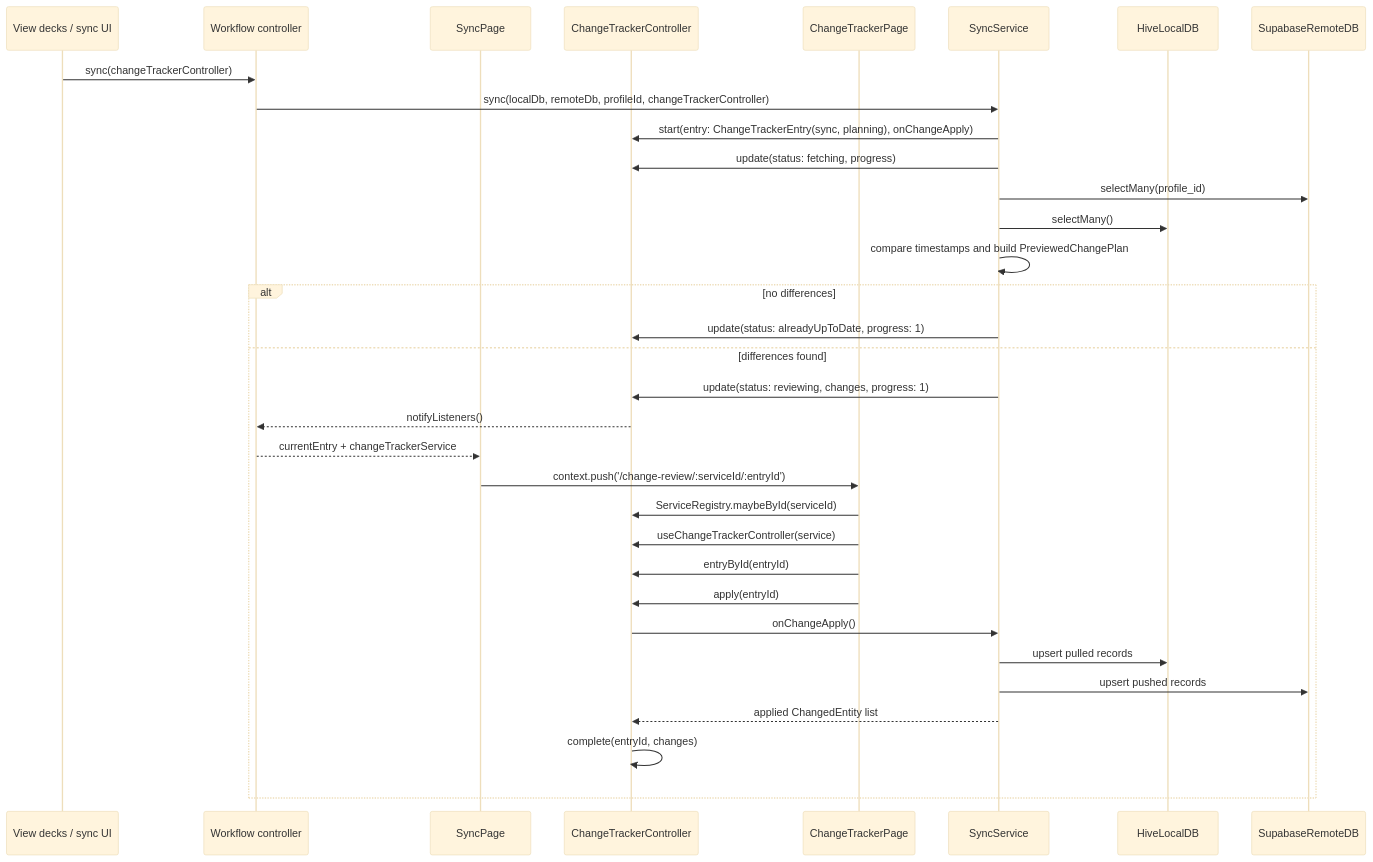
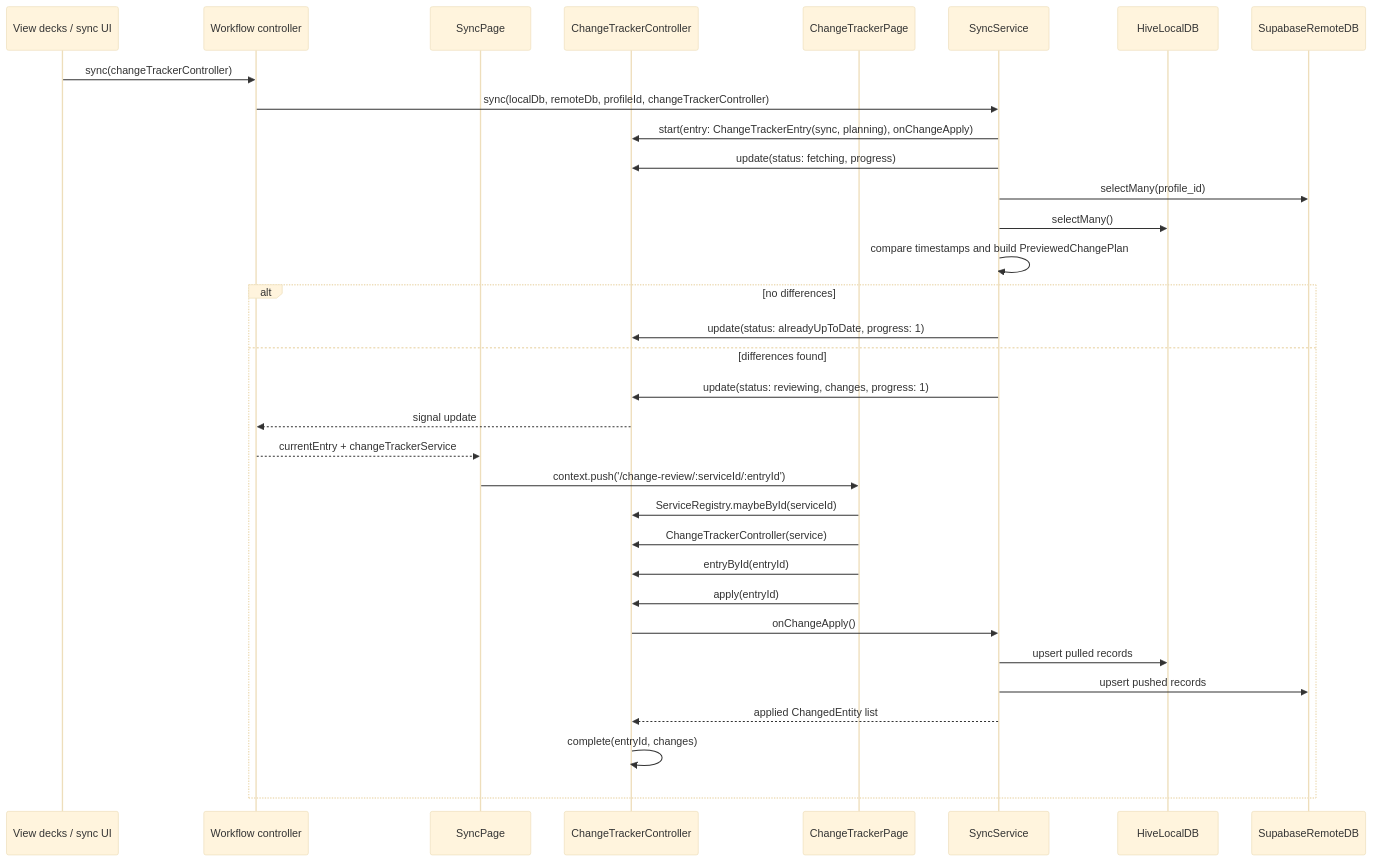
One commit to GuyWithBag/boo_mondai changed the third of 5 diagrams in lib/features/change_tracker/documentation/change_tracker.md. Above: the diagram before and after it, drawn with Mermaid (base theme). The commit also changed other lines of this file and 461 other files, not shown here.

````diff
--- a/lib/features/change_tracker/documentation/change_tracker.md
+++ b/lib/features/change_tracker/documentation/change_tracker.md
@@ -129,37 +126,37 @@
 ```mermaid
 sequenceDiagram
     participant UI as View decks / sync UI
     participant SyncController as Workflow controller
     participant SyncPage as SyncPage
     participant Controller as ChangeTrackerController
     participant ReviewPage as ChangeTrackerPage
     participant Service as SyncService
     participant Local as HiveLocalDB
     participant Remote as SupabaseRemoteDB
 
     UI->>SyncController: sync(changeTrackerController)
     SyncController->>Service: sync(localDb, remoteDb, profileId, changeTrackerController)
     Service->>Controller: start(entry: ChangeTrackerEntry(sync, planning), onChangeApply)
     Service->>Controller: update(status: fetching, progress)
     Service->>Remote: selectMany(profile_id)
     Service->>Local: selectMany()
     Service->>Service: compare timestamps and build PreviewedChangePlan
 
     alt no differences
         Service->>Controller: update(status: alreadyUpToDate, progress: 1)
     else differences found
         Service->>Controller: update(status: reviewing, changes, progress: 1)
-        Controller-->>SyncController: notifyListeners()
+        Controller-->>SyncController: signal update
         SyncController-->>SyncPage: currentEntry + changeTrackerService
         SyncPage->>ReviewPage: context.push('/change-review/:serviceId/:entryId')
         ReviewPage->>Controller: ServiceRegistry.maybeById(serviceId)
-        ReviewPage->>Controller: useChangeTrackerController(service)
+        ReviewPage->>Controller: ChangeTrackerController(service)
         ReviewPage->>Controller: entryById(entryId)
         ReviewPage->>Controller: apply(entryId)
         Controller->>Service: onChangeApply()
         Service->>Local: upsert pulled records
         Service->>Remote: upsert pushed records
         Service-->>Controller: applied ChangedEntity list
         Controller->>Controller: complete(entryId, changes)
     end
 ```
````
